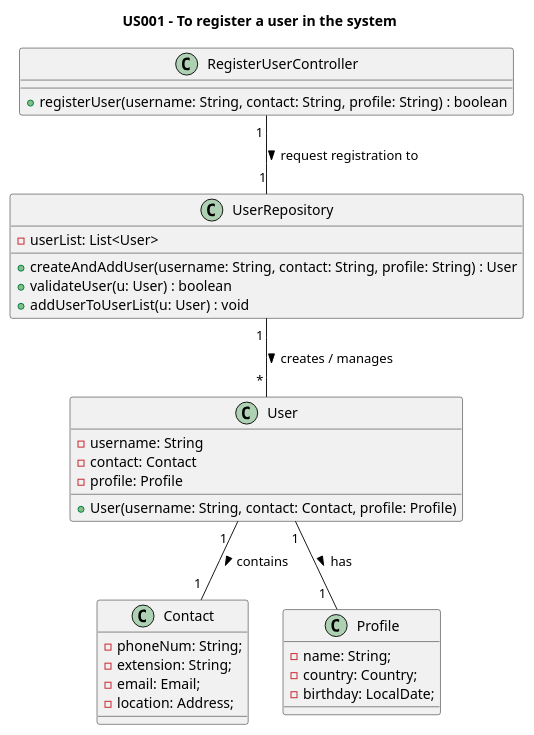
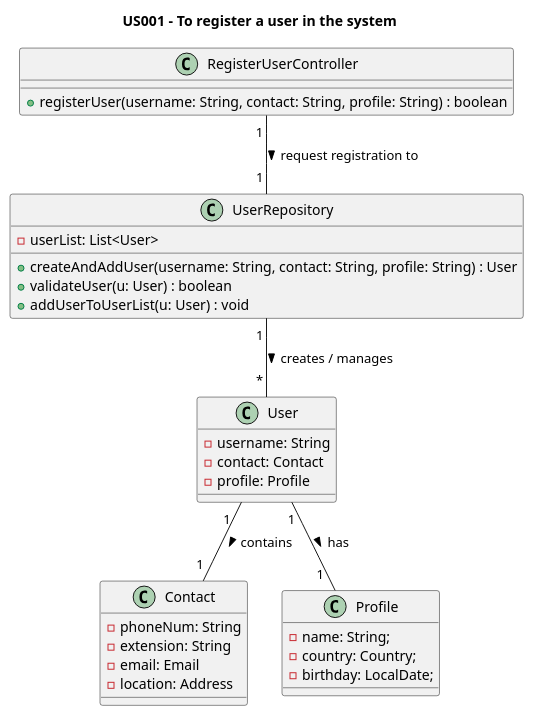
The diagram in Diagrams/ClassDiagrams/US001-to-register-a-user.puml (AndrePereiraGitH/SWitCH-Project-Team_A), drawn with PlantUML before and after one commit. The commit also changed 4 other files, not shown here.

Commit message:
Working on #23 #26, updating User Case Diagram

```diff
--- a/Diagrams/ClassDiagrams/US001-to-register-a-user.puml
+++ b/Diagrams/ClassDiagrams/US001-to-register-a-user.puml
@@ -1,42 +1,42 @@
 @startuml
 title US001 - To register a user in the system
 
 class RegisterUserController {
   +registerUser(username: String, contact: String, profile: String) : boolean
 }
 
 class UserRepository {
   -userList: List<User>
   +createAndAddUser(username: String, contact: String, profile: String) : User
+' Those methods are part of createAndAddUser
   +validateUser(u: User) : boolean
   +addUserToUserList(u: User) : void
 }
 
 class User {
   -username: String
   -contact: Contact
   -profile: Profile
-  +User(username: String, contact: Contact, profile: Profile)
 }
 
 class Contact {
-  -phoneNum: String;
-  -extension: String;
-  -email: Email;
-  -location: Address;
+  -phoneNum: String
+  -extension: String
+  -email: Email
+  -location: Address
 }
 
 
 class Profile {
   -name: String;
   -country: Country;
   -birthday: LocalDate;
 }
 
 ' Interaction
 
-RegisterUserController "1 " -- "1" UserRepository : request registration to >
+RegisterUserController "1 " -- "1 " UserRepository : request registration to >
 UserRepository "1 " -- " * " User : creates / manages >
 User "1  " -- "1 " Contact : contains >
 User "1" -- "1  " Profile : has >
 @enduml
```
